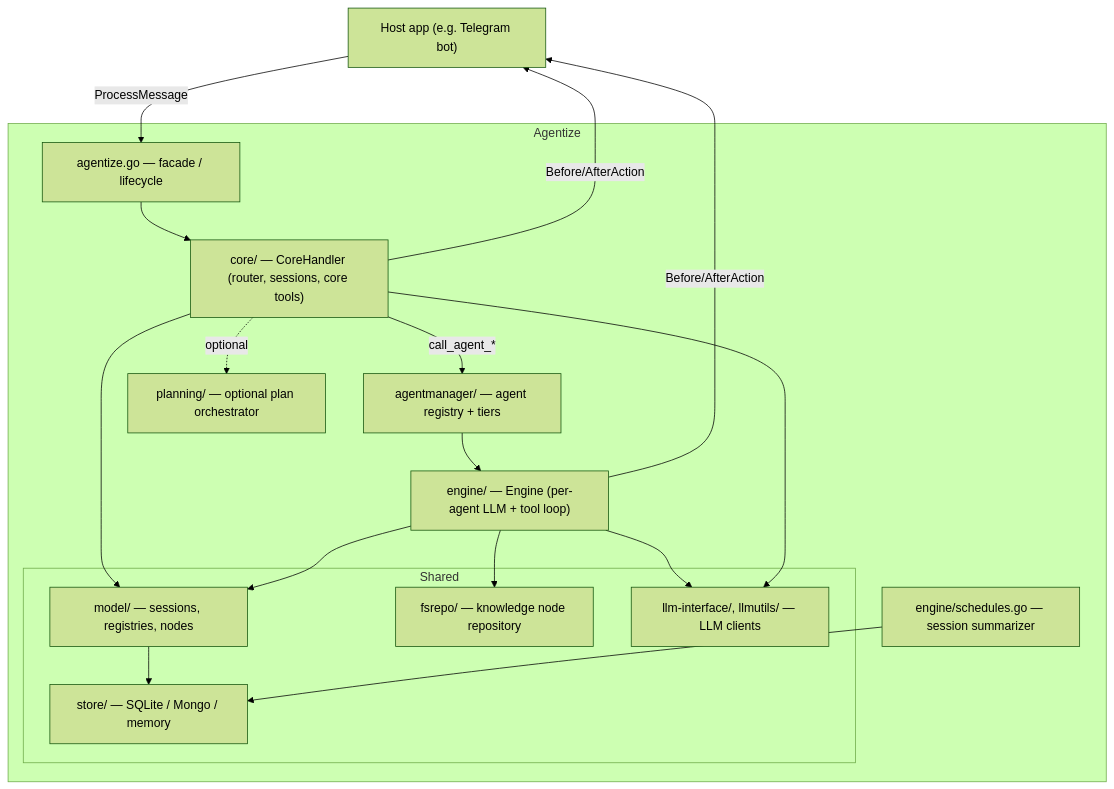
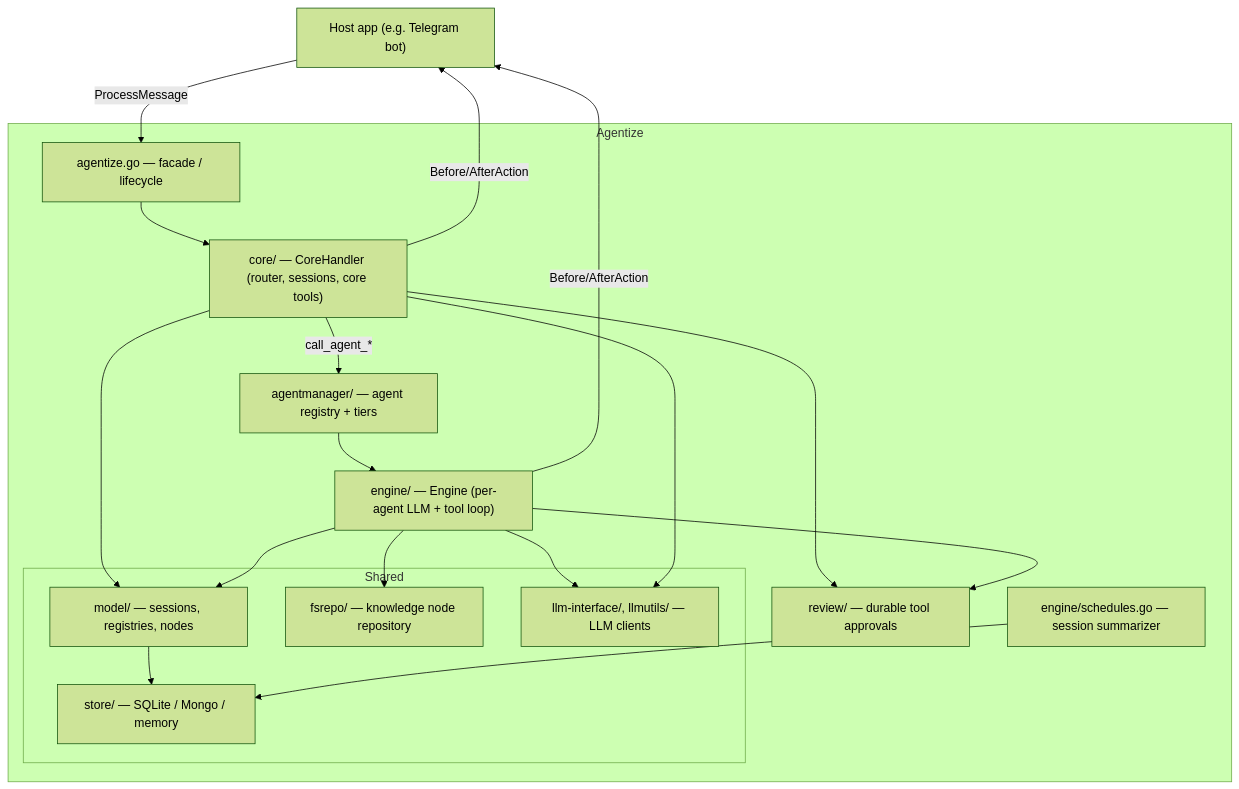
The first of 2 diagrams in docs/ARCHITECTURE.md (GhiaC/Agentiz), drawn with Mermaid (forest theme) before and after one commit. The commit also changed other lines of this file and 93 other files, not shown here.

````diff
--- a/docs/ARCHITECTURE.md
+++ b/docs/ARCHITECTURE.md
@@ -34,31 +34,32 @@
 ```mermaid
 flowchart TB
     Host["Host app (e.g. Telegram bot)"]
     subgraph Agentize
       Facade["agentize.go — facade / lifecycle"]
       Core["core/ — CoreHandler (router, sessions, core tools)"]
       AM["agentmanager/ — agent registry + tiers"]
       Eng["engine/ — Engine (per-agent LLM + tool loop)"]
-      Plan["planning/ — optional plan orchestrator"]
+      Review["review/ — durable tool approvals"]
       Sched["engine/schedules.go — session summarizer"]
       subgraph Shared
         Model["model/ — sessions, registries, nodes"]
         Store["store/ — SQLite / Mongo / memory"]
         Repo["fsrepo/ — knowledge node repository"]
         LLM["llm-interface/, llmutils/ — LLM clients"]
       end
     end
 
     Host -->|ProcessMessage| Facade --> Core
     Core -->|call_agent_*| AM --> Eng
-    Core -. optional .-> Plan
+    Core --> Review
+    Eng --> Review
     Core --> Model
     Eng --> Model
     Eng --> Repo
     Eng --> LLM
     Core --> LLM
     Model --> Store
     Sched --> Store
     Core -->|Before/AfterAction| Host
     Eng -->|Before/AfterAction| Host
 ```
````
